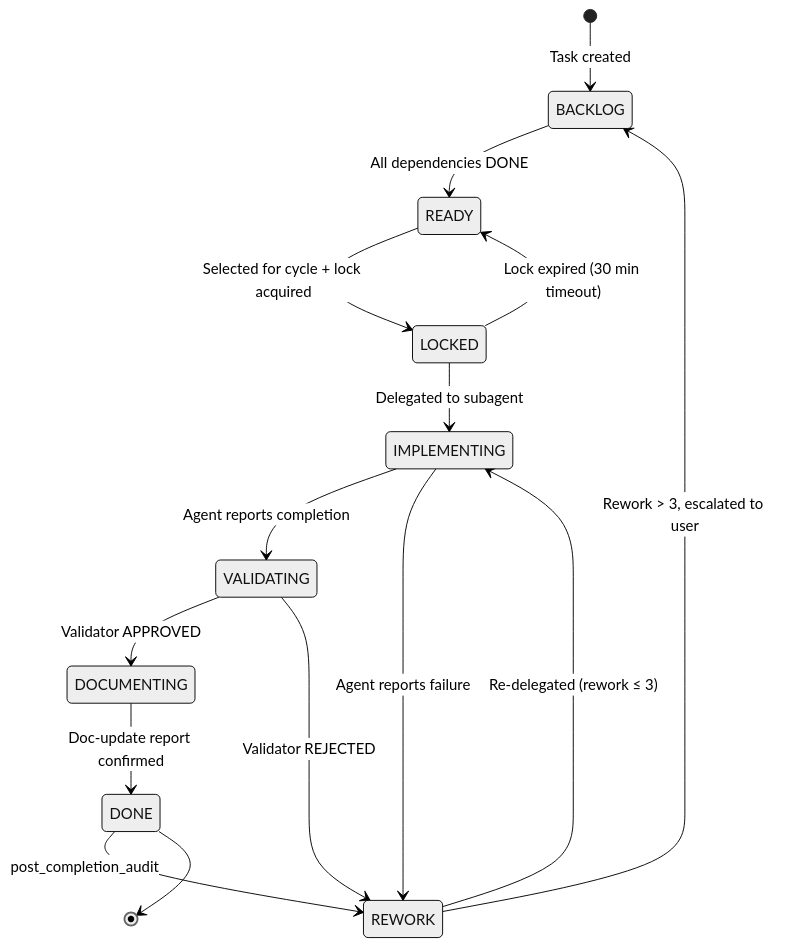
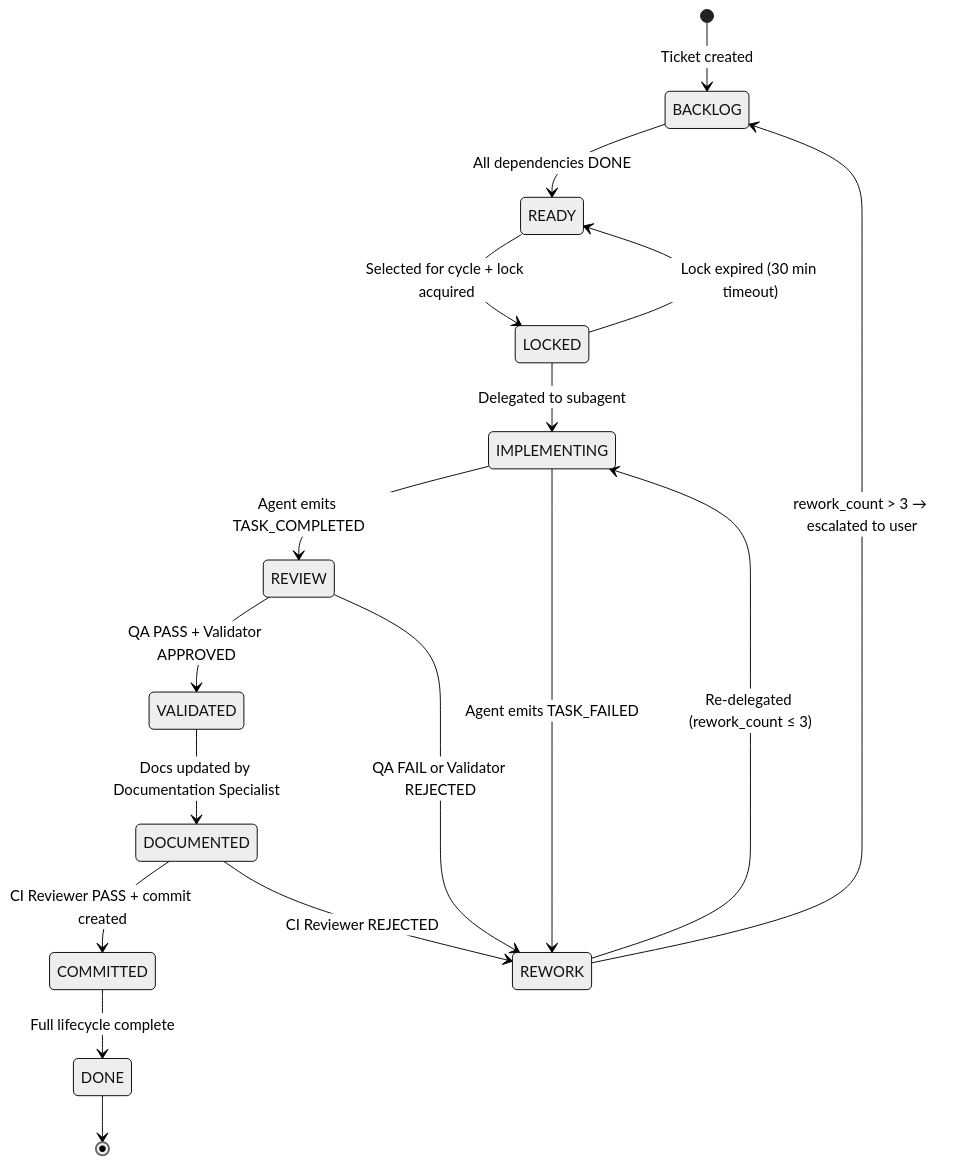
Before and after one commit to ReaperOAK/vibecoding: the first of 2 diagrams in .github/agents/ReaperOAK.agent.md, drawn with Mermaid (neutral theme). The commit also changed other lines of this file and 14 other files, not shown here.

````diff
--- a/.github/agents/ReaperOAK.agent.md
+++ b/.github/agents/ReaperOAK.agent.md
@@ -631,17 +145,19 @@
 ```mermaid
 stateDiagram-v2
-    [*] --> BACKLOG : Task created
+    [*] --> BACKLOG : Ticket created
     BACKLOG --> READY : All dependencies DONE
     READY --> LOCKED : Selected for cycle + lock acquired
     LOCKED --> IMPLEMENTING : Delegated to subagent
     LOCKED --> READY : Lock expired (30 min timeout)
-    IMPLEMENTING --> VALIDATING : Agent reports completion
-    IMPLEMENTING --> REWORK : Agent reports failure
-    VALIDATING --> DOCUMENTING : Validator APPROVED
-    VALIDATING --> REWORK : Validator REJECTED
-    DOCUMENTING --> DONE : Doc-update report confirmed
-    REWORK --> IMPLEMENTING : Re-delegated (rework ≤ 3)
-    REWORK --> BACKLOG : Rework > 3, escalated to user
-    DONE --> REWORK : post_completion_audit
+    IMPLEMENTING --> REVIEW : Agent emits TASK_COMPLETED
+    IMPLEMENTING --> REWORK : Agent emits TASK_FAILED
+    REVIEW --> VALIDATED : QA PASS + Validator APPROVED
+    REVIEW --> REWORK : QA FAIL or Validator REJECTED
+    VALIDATED --> DOCUMENTED : Docs updated by Documentation Specialist
+    DOCUMENTED --> COMMITTED : CI Reviewer PASS + commit created
+    DOCUMENTED --> REWORK : CI Reviewer REJECTED
+    COMMITTED --> DONE : Full lifecycle complete
+    REWORK --> IMPLEMENTING : Re-delegated (rework_count ≤ 3)
+    REWORK --> BACKLOG : rework_count > 3 → escalated to user
     DONE --> [*]
 ```
````
